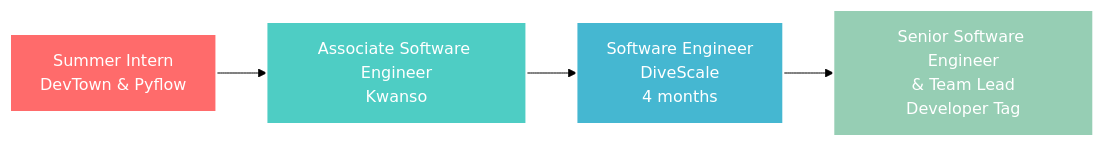
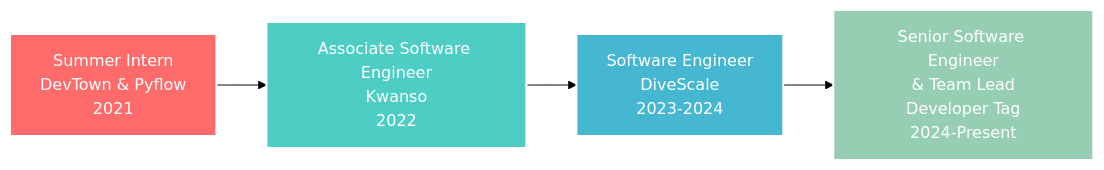
Before and after one commit to connect2abdulaziz/connect2abdulaziz: the diagram in README.md, drawn with Mermaid (forest theme). The commit also changed other lines of this file, not shown here.

````diff
--- a/README.md
+++ b/README.md
@@ -116,11 +94,11 @@
 ```mermaid
 graph LR
-    A[Summer Intern<br/>DevTown & Pyflow] --> B[Associate Software Engineer<br/>Kwanso]
-    B --> C[Software Engineer<br/>DiveScale<br/>4 months]
-    C --> D[Senior Software Engineer<br/>& Team Lead<br/>Developer Tag]
+    A[Summer Intern<br/>DevTown & Pyflow<br/>2021] --> B[Associate Software Engineer<br/>Kwanso<br/>2022]
+    B --> C[Software Engineer<br/>DiveScale<br/>2023-2024]
+    C --> D[Senior Software Engineer<br/>& Team Lead<br/>Developer Tag<br/>2024-Present]
     
     style A fill:#ff6b6b,stroke:#fff,stroke-width:2px,color:#fff
     style B fill:#4ecdc4,stroke:#fff,stroke-width:2px,color:#fff
     style C fill:#45b7d1,stroke:#fff,stroke-width:2px,color:#fff
     style D fill:#96ceb4,stroke:#fff,stroke-width:2px,color:#fff
 ```
````
